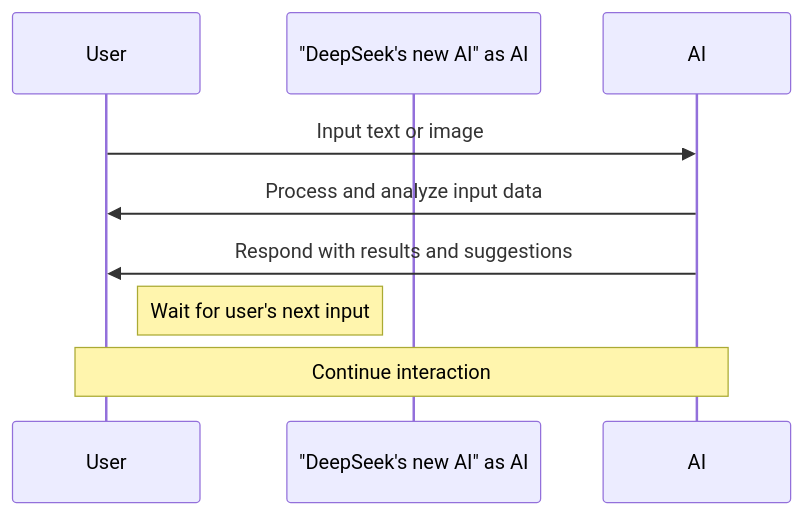
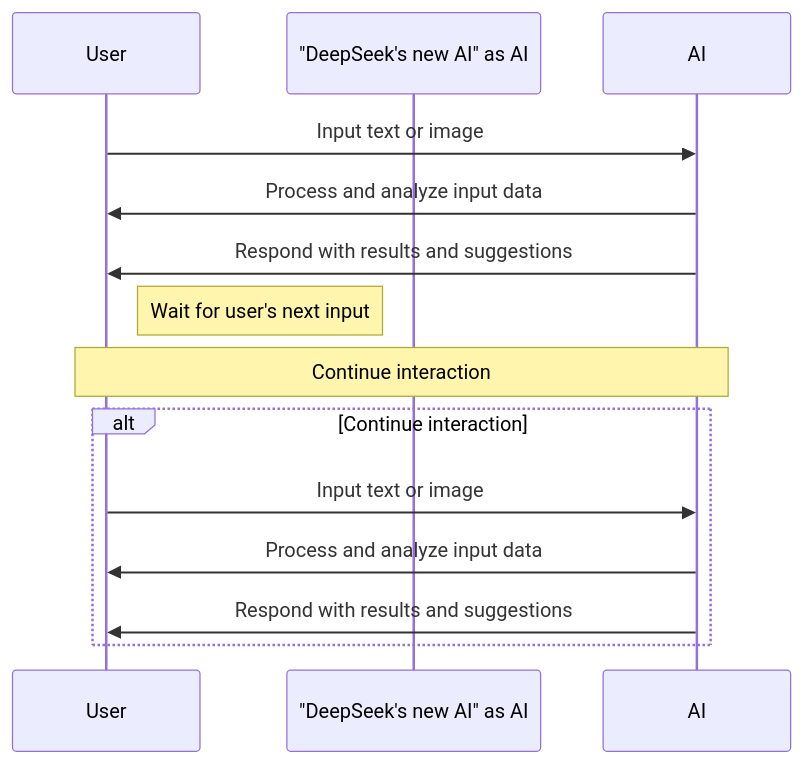
One commit to a920604a/engineernews changed the diagram in src/content/posts/tech/_2026-05-23-deepseeks-new-ai-is-a-game-changer.en.md. Above: the diagram before and after it, drawn with Mermaid. The commit also changed 7 other files, not shown here.

Commit message:
fix: auto-fix mermaid syntax errors in posts

````diff
--- a/src/content/posts/tech/_2026-05-23-deepseeks-new-ai-is-a-game-changer.en.md
+++ b/src/content/posts/tech/_2026-05-23-deepseeks-new-ai-is-a-game-changer.en.md
@@ -29,10 +29,15 @@
 ```mermaid
 sequenceDiagram
     participant User as User
     participant "DeepSeek's new AI" as AI
     User->>AI: Input text or image
     AI->>User: Process and analyze input data
     AI->>User: Respond with results and suggestions
     Note right of User: Wait for user's next input
     Note over User,AI: Continue interaction
+    alt Continue interaction
+        User->>AI: Input text or image
+        AI->>User: Process and analyze input data
+        AI->>User: Respond with results and suggestions
+    end
 ```
````
